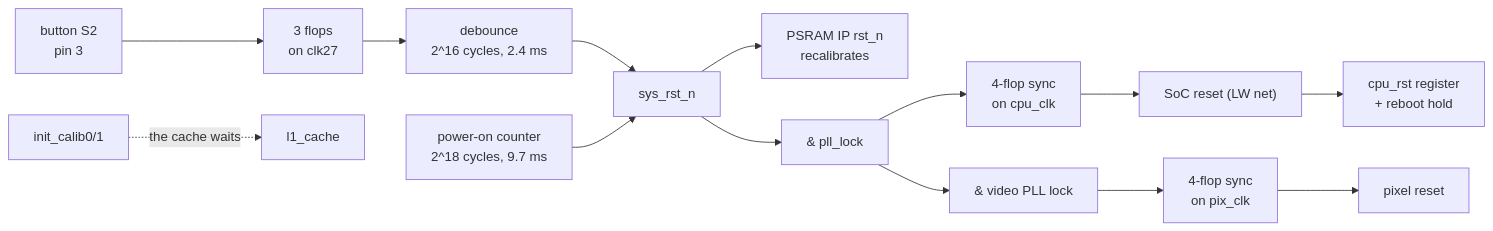
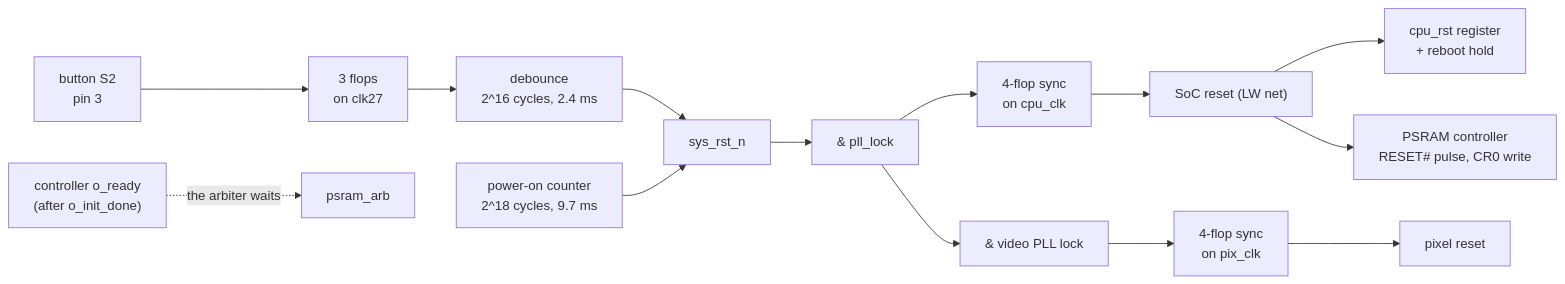
The fourth of 5 diagrams in doc/01-architecture.md (phoenix367/tang_nano_9K_linux), drawn with Mermaid before and after one commit. The commit also changed other lines of this file and 37 other files, not shown here.

````diff
--- a/doc/01-architecture.md
+++ b/doc/01-architecture.md
@@ -360,10 +382,10 @@
 ```mermaid
 flowchart LR
   BTN["button S2<br/>pin 3"] --> S3["3 flops<br/>on clk27"] --> DB["debounce<br/>2^16 cycles, 2.4 ms"] --> SR["sys_rst_n"]
   POR["power-on counter<br/>2^18 cycles, 9.7 ms"] --> SR
-  SR --> IPR["PSRAM IP rst_n<br/>recalibrates"]
   SR --> AND["& pll_lock"] --> RS["4-flop sync<br/>on cpu_clk"] --> RST["SoC reset (LW net)"]
   RST --> CPUR["cpu_rst register<br/>+ reboot hold"]
+  RST --> HRR["PSRAM controller<br/>RESET# pulse, CR0 write"]
   AND --> PAND["& video PLL lock"] --> PS["4-flop sync<br/>on pix_clk"] --> PRST["pixel reset"]
-  CAL["init_calib0/1"] -.->|"the cache waits"| CACHE["l1_cache"]
+  INIT["controller o_ready<br/>(after o_init_done)"] -.->|"the arbiter waits"| ARB["psram_arb"]
 ```
````
